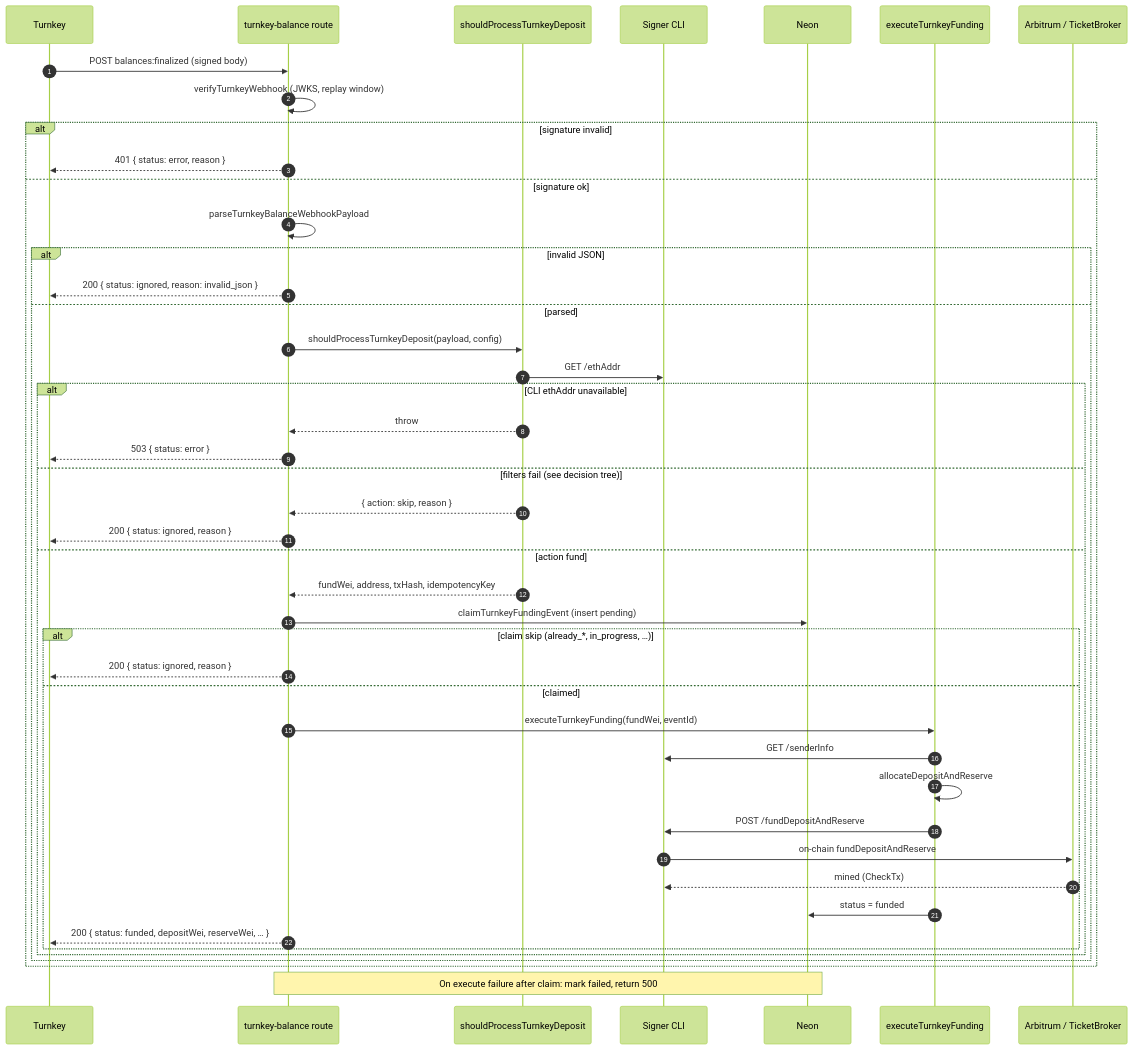
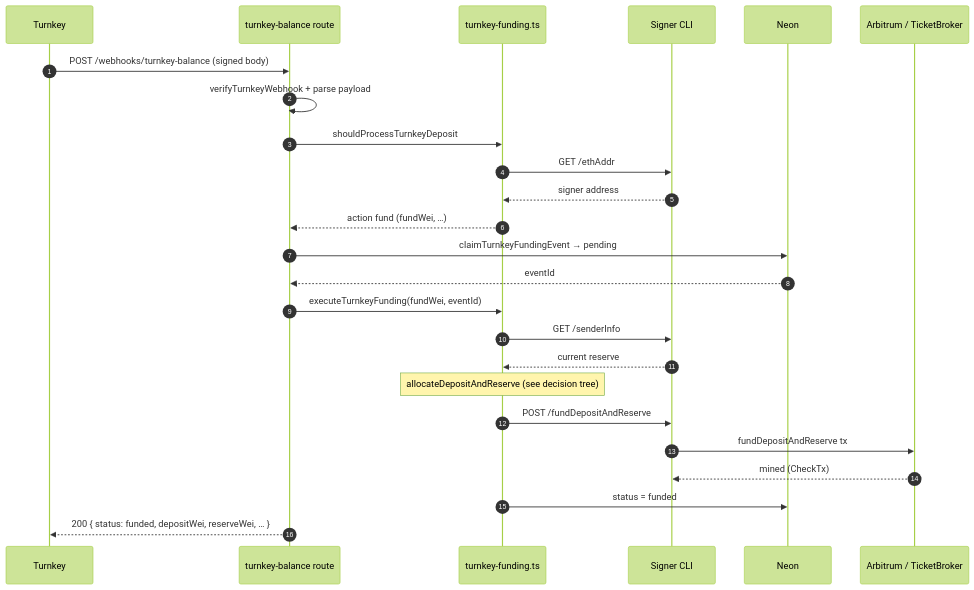
The second of 5 diagrams in docs/turnkey-ticket-funding.md (pymthouse/pymthouse), drawn with Mermaid (forest theme) before and after one commit. The commit also changed other lines of this file, not shown here.

Commit message:
docs: separate deposit webhook happy-path flow from decision trees
Keep the transaction sequence linear; move skip/claim/allocation branches
into dedicated decision-tree sections with a stage-to-gate index.

````diff
--- a/docs/turnkey-ticket-funding.md
+++ b/docs/turnkey-ticket-funding.md
@@ -125,50 +125,28 @@
 ```mermaid
 sequenceDiagram
   autonumber
   participant TK as Turnkey
   participant WH as turnkey-balance route
-  participant Dec as shouldProcessTurnkeyDeposit
+  participant Logic as turnkey-funding.ts
   participant CLI as Signer CLI
   participant DB as Neon
-  participant Exec as executeTurnkeyFunding
   participant Chain as Arbitrum / TicketBroker
 
-  TK->>WH: POST balances:finalized (signed body)
-  WH->>WH: verifyTurnkeyWebhook (JWKS, replay window)
-
-  alt signature invalid
-    WH-->>TK: 401 { status: error, reason }
-  else signature ok
-    WH->>WH: parseTurnkeyBalanceWebhookPayload
-    alt invalid JSON
-      WH-->>TK: 200 { status: ignored, reason: invalid_json }
-    else parsed
-      WH->>Dec: shouldProcessTurnkeyDeposit(payload, config)
-      Dec->>CLI: GET /ethAddr
-      alt CLI ethAddr unavailable
-        Dec-->>WH: throw
-        WH-->>TK: 503 { status: error }
-      else filters fail (see decision tree)
-        Dec-->>WH: { action: skip, reason }
-        WH-->>TK: 200 { status: ignored, reason }
-      else action fund
-        Dec-->>WH: fundWei, address, txHash, idempotencyKey
-        WH->>DB: claimTurnkeyFundingEvent (insert pending)
-        alt claim skip (already_*, in_progress, …)
-          WH-->>TK: 200 { status: ignored, reason }
-        else claimed
-          WH->>Exec: executeTurnkeyFunding(fundWei, eventId)
-          Exec->>CLI: GET /senderInfo
-          Exec->>Exec: allocateDepositAndReserve
-          Exec->>CLI: POST /fundDepositAndReserve
-          CLI->>Chain: on-chain fundDepositAndReserve
-          Chain-->>CLI: mined (CheckTx)
-          Exec->>DB: status = funded
-          WH-->>TK: 200 { status: funded, depositWei, reserveWei, … }
-        end
-      end
-    end
-  end
-
-  Note over WH,DB: On execute failure after claim: mark failed, return 500
+  TK->>WH: POST /webhooks/turnkey-balance (signed body)
+  WH->>WH: verifyTurnkeyWebhook + parse payload
+  WH->>Logic: shouldProcessTurnkeyDeposit
+  Logic->>CLI: GET /ethAddr
+  CLI-->>Logic: signer address
+  Logic-->>WH: action fund (fundWei, …)
+  WH->>DB: claimTurnkeyFundingEvent → pending
+  DB-->>WH: eventId
+  WH->>Logic: executeTurnkeyFunding(fundWei, eventId)
+  Logic->>CLI: GET /senderInfo
+  CLI-->>Logic: current reserve
+  Note over Logic: allocateDepositAndReserve (see decision tree)
+  Logic->>CLI: POST /fundDepositAndReserve
+  CLI->>Chain: fundDepositAndReserve tx
+  Chain-->>CLI: mined (CheckTx)
+  Logic->>DB: status = funded
+  WH-->>TK: 200 { status: funded, depositWei, reserveWei, … }
 ```
````
